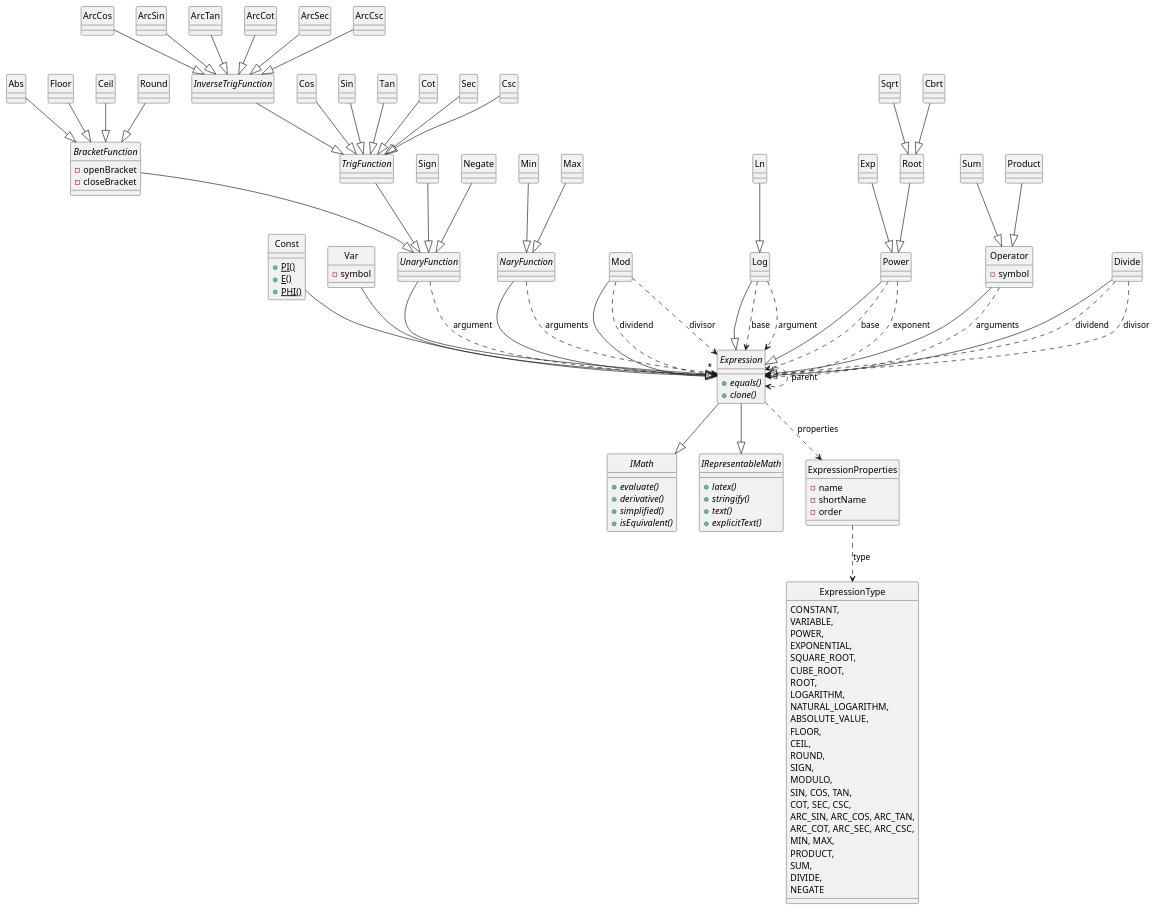
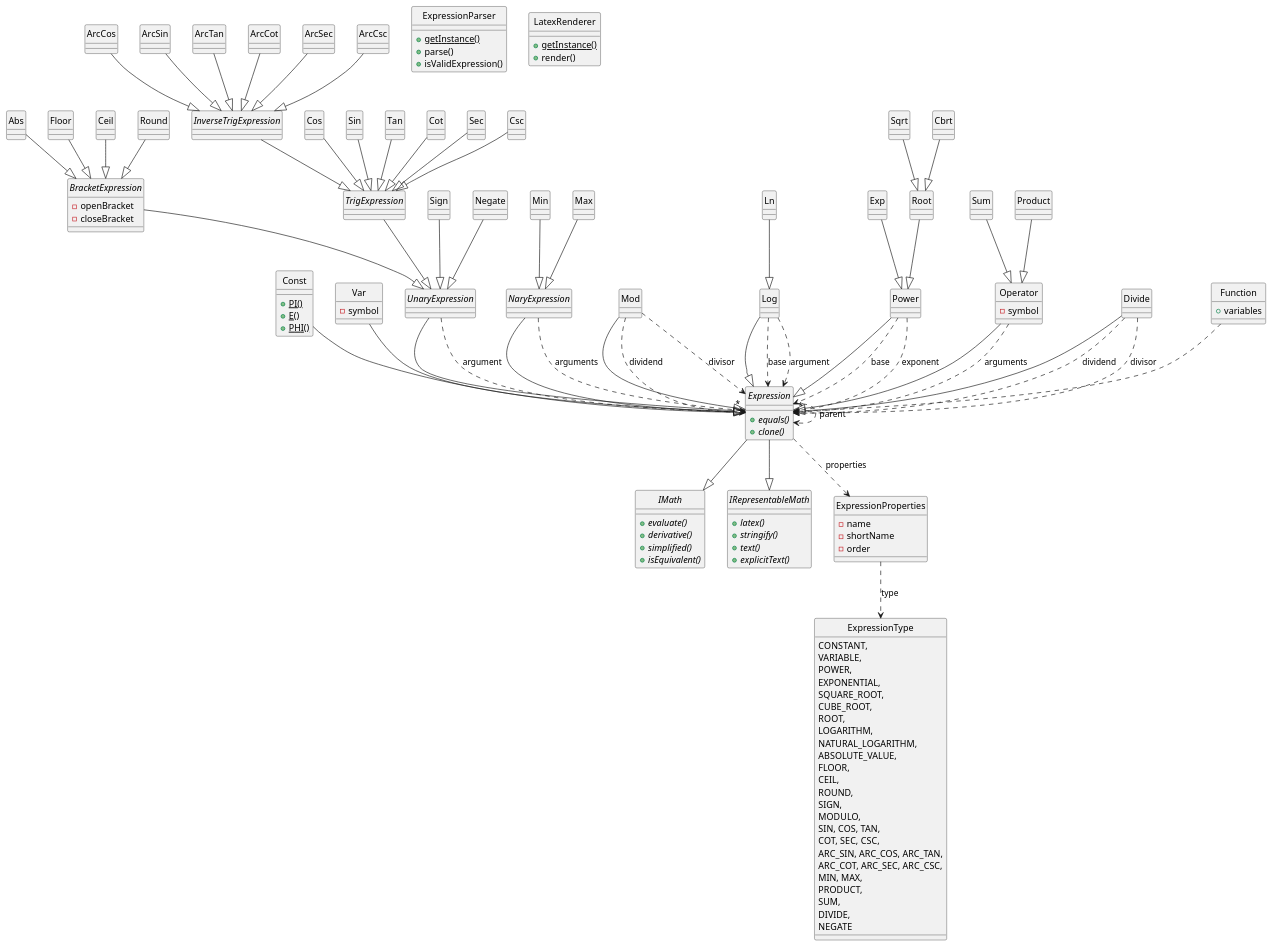
One commit to AzizZayed/Computer-Algebra-System changed the diagram in cas/docs/core-modelv1.puml. Above: the diagram before and after it, drawn with PlantUML. The commit also changed 10 other files, not shown here.

```diff
--- a/cas/docs/core-modelv1.puml
+++ b/cas/docs/core-modelv1.puml
@@ -29,15 +29,15 @@
     - symbol
 }
 
-abstract class UnaryFunction {}
-abstract class NaryFunction {}
+abstract class UnaryExpression {}
+abstract class NaryExpression {}
 
-abstract class BracketFunction {
+abstract class BracketExpression {
     - openBracket
     - closeBracket
 }
-abstract class TrigFunction {}
-abstract class InverseTrigFunction {}
+abstract class TrigExpression {}
+abstract class InverseTrigExpression {}
 
 class Cos {}
 class Sin {}
@@ -111,37 +111,54 @@
     NEGATE
 }
 
+class ExpressionParser {
+    + {static} getInstance()
+    + parse()
+    + isValidExpression()
+}
+
+class LatexRenderer {
+    + {static} getInstance()
+    + render()
+}
+
+class Function {
+    + variables
+}
+
+Function ..> Expression
+
 Expression --|> IRepresentableMath
 Expression --|> IMath
 
 Const --|> Expression
 Var --|> Expression
 
-UnaryFunction --|> Expression
-NaryFunction --|> Expression
+UnaryExpression --|> Expression
+NaryExpression --|> Expression
 
-BracketFunction --|> UnaryFunction
-TrigFunction --|> UnaryFunction
-InverseTrigFunction --|> TrigFunction
+BracketExpression --|> UnaryExpression
+TrigExpression --|> UnaryExpression
+InverseTrigExpression --|> TrigExpression
 
-Cos --|> TrigFunction
-Sin --|> TrigFunction
-Tan --|> TrigFunction
-Cot --|> TrigFunction
-Sec --|> TrigFunction
-Csc --|> TrigFunction
-ArcCos --|> InverseTrigFunction
-ArcSin --|> InverseTrigFunction
-ArcTan --|> InverseTrigFunction
-ArcCot --|> InverseTrigFunction
-ArcSec --|> InverseTrigFunction
-ArcCsc --|> InverseTrigFunction
+Cos --|> TrigExpression
+Sin --|> TrigExpression
+Tan --|> TrigExpression
+Cot --|> TrigExpression
+Sec --|> TrigExpression
+Csc --|> TrigExpression
+ArcCos --|> InverseTrigExpression
+ArcSin --|> InverseTrigExpression
+ArcTan --|> InverseTrigExpression
+ArcCot --|> InverseTrigExpression
+ArcSec --|> InverseTrigExpression
+ArcCsc --|> InverseTrigExpression
 
-Abs --|> BracketFunction
-Floor --|> BracketFunction
-Ceil --|> BracketFunction
-Round --|> BracketFunction
-Sign --|> UnaryFunction
+Abs --|> BracketExpression
+Floor --|> BracketExpression
+Ceil --|> BracketExpression
+Round --|> BracketExpression
+Sign --|> UnaryExpression
 Mod --|> Expression
 
 Log --|> Expression
@@ -153,13 +170,13 @@
 Sqrt --|> Root
 Cbrt --|> Root
 
-Min --|> NaryFunction
-Max --|> NaryFunction
+Min --|> NaryExpression
+Max --|> NaryExpression
 
 Operator --|> Expression
 Sum --|> Operator
 Product --|> Operator
-Negate --|> UnaryFunction
+Negate --|> UnaryExpression
 Divide --|> Expression
 
 ExpressionProperties ..> ExpressionType : type
@@ -178,9 +195,9 @@
 Power ..> Expression : base
 Power ..> Expression : exponent
 
-UnaryFunction ..> Expression : argument
+UnaryExpression ..> Expression : argument
 
-NaryFunction ..> "*" Expression : arguments
+NaryExpression ..> "*" Expression : arguments
 Operator ..> "*" Expression : arguments
 
 @enduml
```
